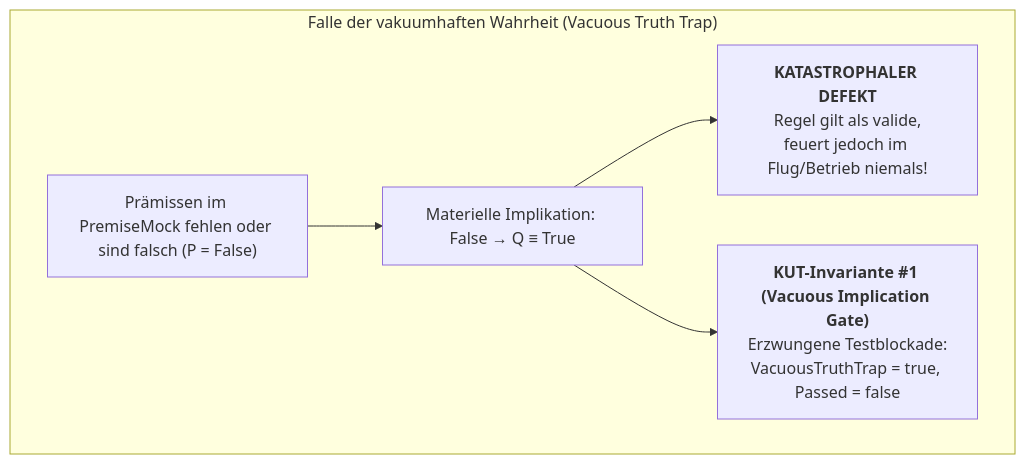
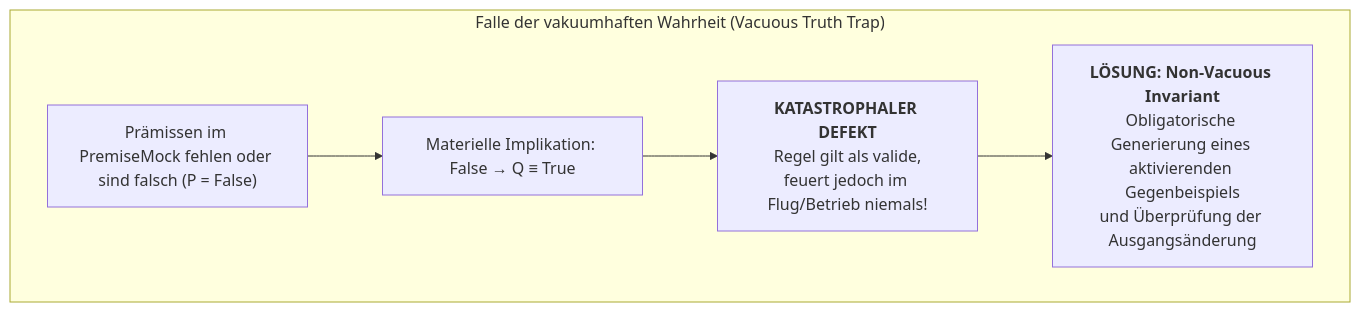
Before and after one commit to nick-fedchik/articles: the third of 8 diagrams in ExpertSystem/translations/de/ch36-knowledge-testing-pyramid-and-variational-calibration.md, drawn with Mermaid. The commit also changed other lines of this file and 4 other files, not shown here.

````diff
--- a/ExpertSystem/translations/de/ch36-knowledge-testing-pyramid-and-variational-calibration.md
+++ b/ExpertSystem/translations/de/ch36-knowledge-testing-pyramid-and-variational-calibration.md
@@ -127,8 +133,11 @@
 ```mermaid
 flowchart TD
+    accTitle: Falle der vakuumhaften Wahrheit (Vacuous Truth Trap)
+    accDescr: Schema der Blockierung der vakuumhaften Wahrheit durch obligatorische Generierung aktivierender Gegenbeispiele.
+
     subgraph "Falle der vakuumhaften Wahrheit (Vacuous Truth Trap)"
         COND["Prämissen im PremiseMock fehlen oder sind falsch (P = False)"] --> IMPL["Materielle Implikation: False &rarr; Q &equiv; True"]
         IMPL --> VULN["<b>KATASTROPHALER DEFEKT</b><br/>Regel gilt als valide,<br/>feuert jedoch im Flug/Betrieb niemals!"]
-        IMPL --> GATE["<b>KUT-Invariante #1 (Vacuous Implication Gate)</b><br/>Erzwungene Testblockade:<br/>VacuousTruthTrap = true, Passed = false"]
+        VULN --> SOL["<b>LÖSUNG: Non-Vacuous Invariant</b><br/>Obligatorische Generierung eines aktivierenden Gegenbeispiels<br/>und Überprüfung der Ausgangsänderung"]
     end
 ```
````
